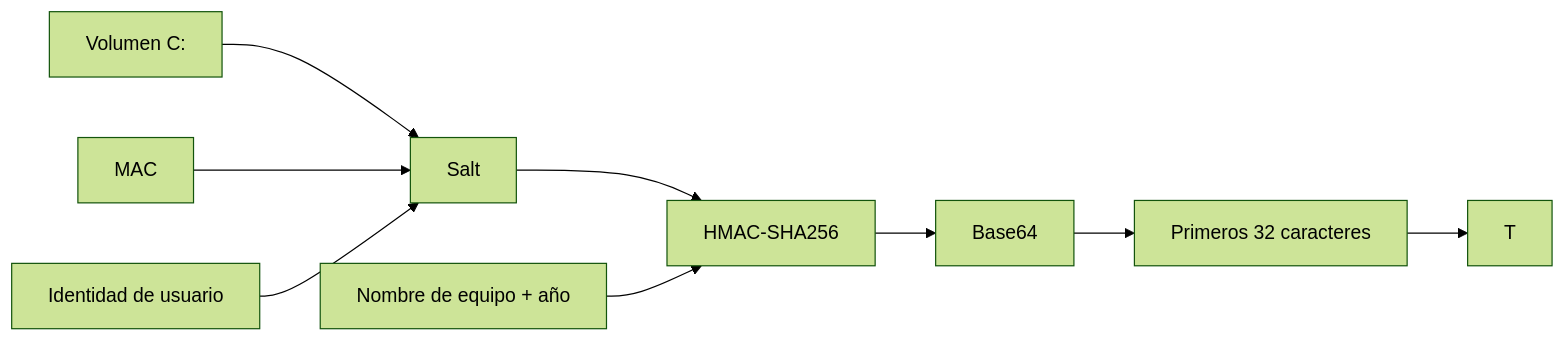
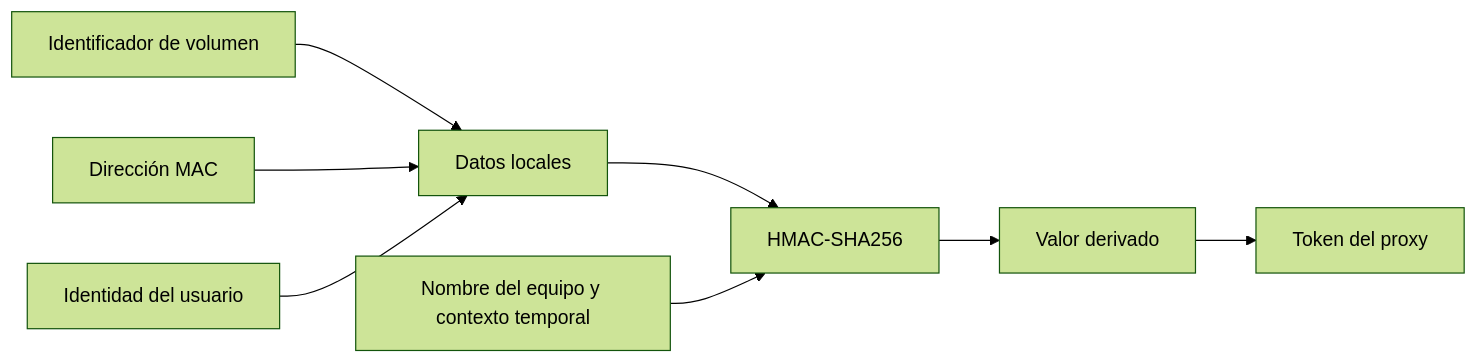
The sixth of 10 diagrams in README.md (HolyOnyxs/ProxyBotnet), drawn with Mermaid (forest theme) before and after one commit. The commit also changed other lines of this file, not shown here.

````diff
--- a/README.md
+++ b/README.md
@@ -292,11 +166,10 @@
 ```mermaid
 flowchart LR
-    A[Volumen C:] --> D[Salt]
-    B[MAC] --> D
-    C[Identidad de usuario] --> D
-    D --> E[HMAC-SHA256]
-    F[Nombre de equipo + año] --> E
-    E --> G[Base64]
-    G --> H[Primeros 32 caracteres]
-    H --> I[T]
+    A["Identificador de volumen"] --> D["Datos locales"]
+    B["Dirección MAC"] --> D
+    C["Identidad del usuario"] --> D
+    D --> E["HMAC-SHA256"]
+    F["Nombre del equipo y contexto temporal"] --> E
+    E --> G["Valor derivado"]
+    G --> H["Token del proxy"]
 ```
````
